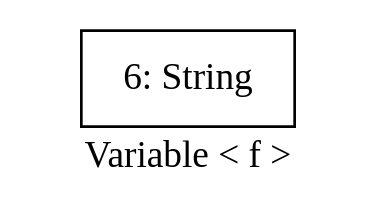
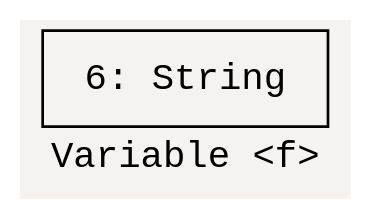
One commit to ZJxyo/PythonVarTypeAnalysisTool changed the diagram in output/flowchart/flowchart_foo(arg0,arg1,arg2)_f.gv. Above: the diagram before and after it, drawn with Graphviz. The commit also changed 95 other files, not shown here.

```diff
--- a/output/flowchart/flowchart_foo(arg0,arg1,arg2)_f.gv
+++ b/output/flowchart/flowchart_foo(arg0,arg1,arg2)_f.gv
@@ -1,5 +1,8 @@
 digraph {
-	label="Variable < f >"
+	label="Variable <f>"
+	bgcolor="#f5f2f0"
 	node [shape=box]
-	6 [label="6: String"]
+	node [fontname="Consolas,Monaco,'Andale Mono','Ubuntu Mono',monospace"]
+	fontname="Consolas,Monaco,'Andale Mono','Ubuntu Mono',monospace"
+	6 [label=" 6: String "]
 }
```
